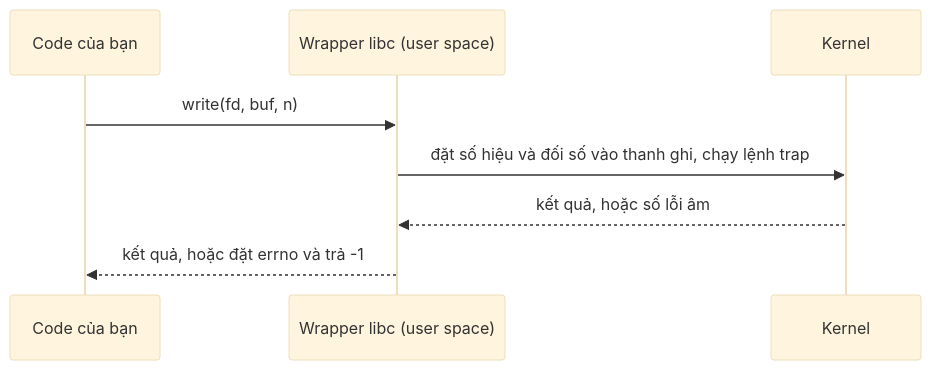
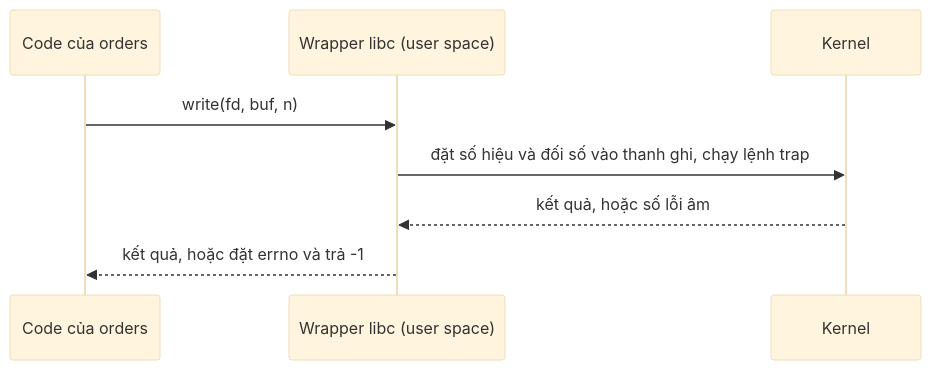
Before and after one commit to pirumu/irust: the first of 2 diagrams in docs/01-linux/02-system-call.md, drawn with Mermaid (base theme). The commit also changed other lines of this file and 35 other files, not shown here.

````diff
--- a/docs/01-linux/02-system-call.md
+++ b/docs/01-linux/02-system-call.md
@@ -26,10 +29,10 @@
 ```mermaid
 sequenceDiagram
-  participant C as Code của bạn
+  participant C as Code của orders
   participant W as Wrapper libc (user space)
   participant K as Kernel
   C->>W: write(fd, buf, n)
   W->>K: đặt số hiệu và đối số vào thanh ghi, chạy lệnh trap
   K-->>W: kết quả, hoặc số lỗi âm
   W-->>C: kết quả, hoặc đặt errno và trả -1
 ```
````
